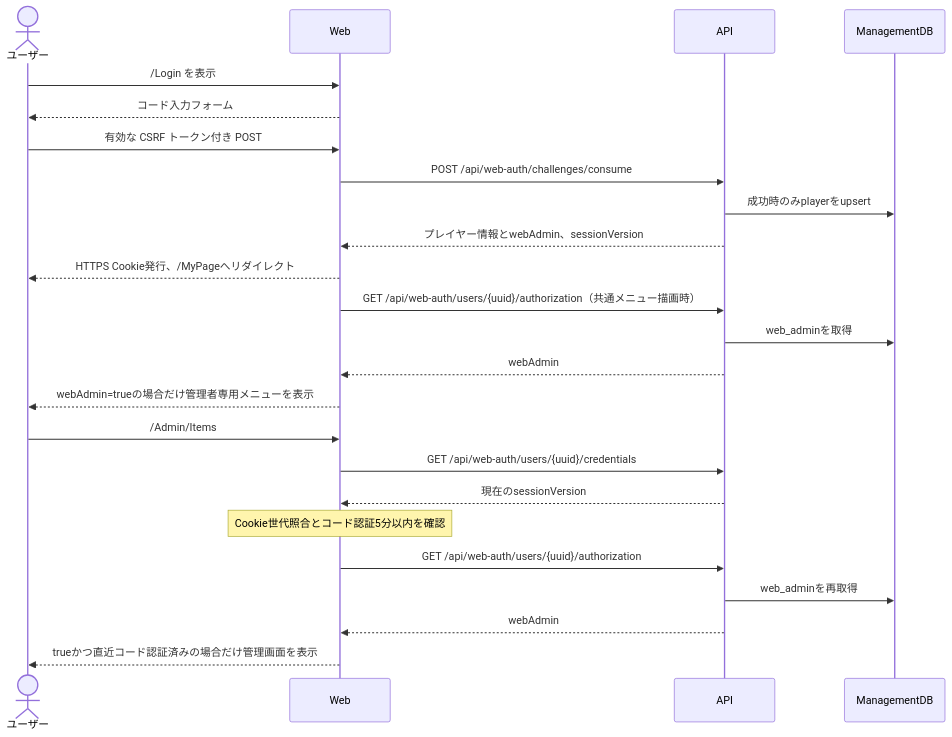
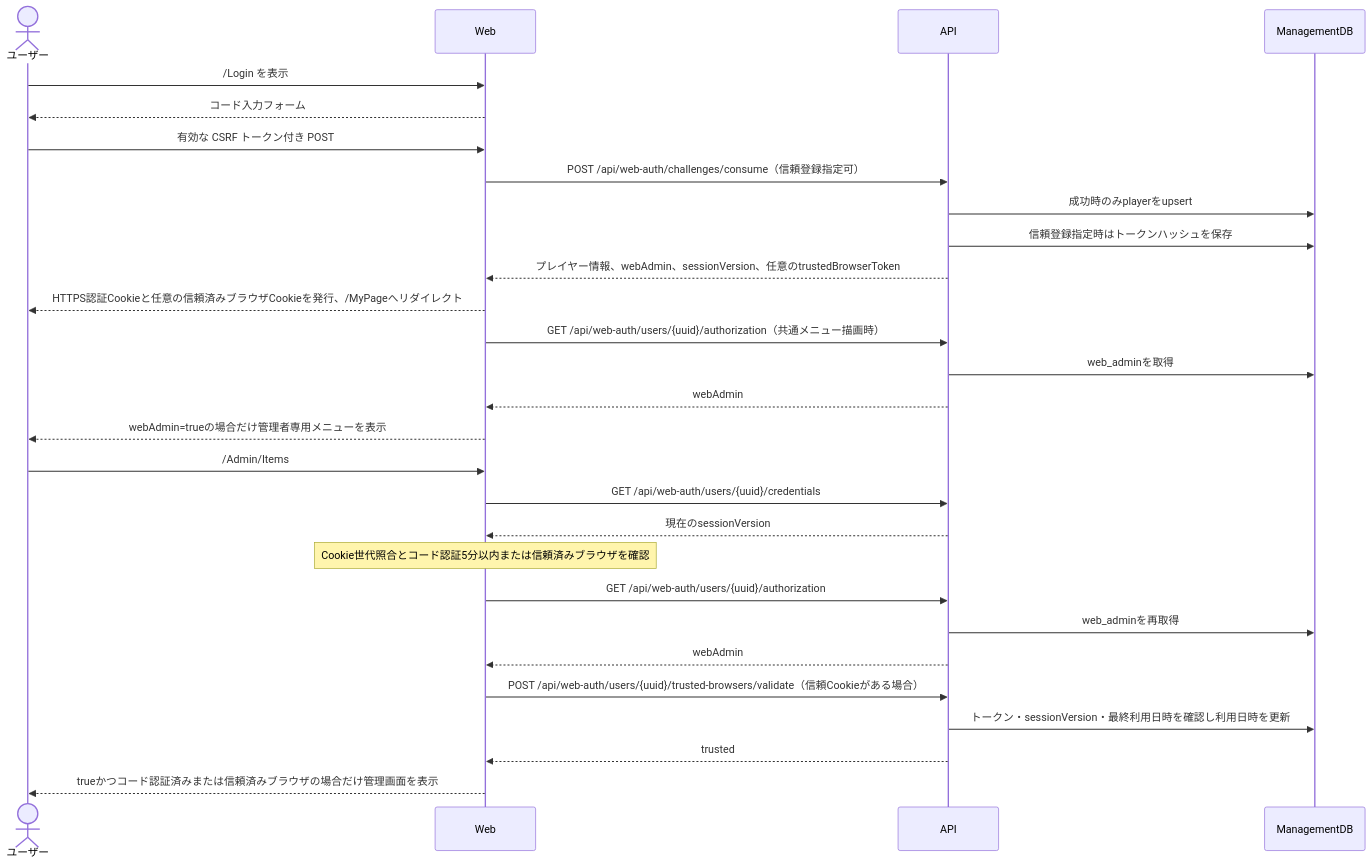
Before and after one commit to maaasu/AstralRecord-Workspace: the diagram in 00_docs/30_WEB設計書/feature/01-web-auth/4-統合フロー/01_4.00-統合フロー.md, drawn with Mermaid. The commit also changed 46 other files, not shown here.

````diff
--- a/00_docs/30_WEB設計書/feature/01-web-auth/4-統合フロー/01_4.00-統合フロー.md
+++ b/00_docs/30_WEB設計書/feature/01-web-auth/4-統合フロー/01_4.00-統合フロー.md
@@ -3,26 +3,30 @@
 ```mermaid
 sequenceDiagram
     actor User as ユーザー
     participant Web
     participant API
     participant ManagementDB
     User->>Web: /Login を表示
     Web-->>User: コード入力フォーム
     User->>Web: 有効な CSRF トークン付き POST
-    Web->>API: POST /api/web-auth/challenges/consume
+    Web->>API: POST /api/web-auth/challenges/consume（信頼登録指定可）
     API->>ManagementDB: 成功時のみplayerをupsert
-    API-->>Web: プレイヤー情報とwebAdmin、sessionVersion
-    Web-->>User: HTTPS Cookie発行、/MyPageへリダイレクト
+    API->>ManagementDB: 信頼登録指定時はトークンハッシュを保存
+    API-->>Web: プレイヤー情報、webAdmin、sessionVersion、任意のtrustedBrowserToken
+    Web-->>User: HTTPS認証Cookieと任意の信頼済みブラウザCookieを発行、/MyPageへリダイレクト
     Web->>API: GET /api/web-auth/users/{uuid}/authorization（共通メニュー描画時）
     API->>ManagementDB: web_adminを取得
     API-->>Web: webAdmin
     Web-->>User: webAdmin=trueの場合だけ管理者専用メニューを表示
     User->>Web: /Admin/Items
     Web->>API: GET /api/web-auth/users/{uuid}/credentials
     API-->>Web: 現在のsessionVersion
-    Note over Web: Cookie世代照合とコード認証5分以内を確認
+    Note over Web: Cookie世代照合とコード認証5分以内または信頼済みブラウザを確認
     Web->>API: GET /api/web-auth/users/{uuid}/authorization
     API->>ManagementDB: web_adminを再取得
     API-->>Web: webAdmin
-    Web-->>User: trueかつ直近コード認証済みの場合だけ管理画面を表示
+    Web->>API: POST /api/web-auth/users/{uuid}/trusted-browsers/validate（信頼Cookieがある場合）
+    API->>ManagementDB: トークン・sessionVersion・最終利用日時を確認し利用日時を更新
+    API-->>Web: trusted
+    Web-->>User: trueかつコード認証済みまたは信頼済みブラウザの場合だけ管理画面を表示
 ```
````
